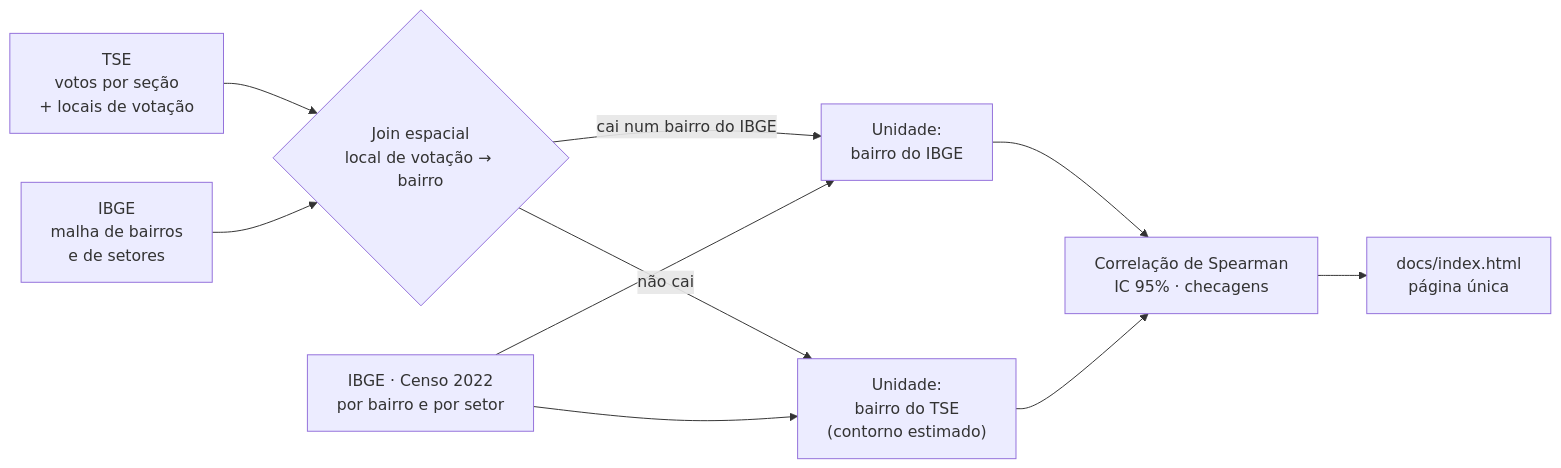
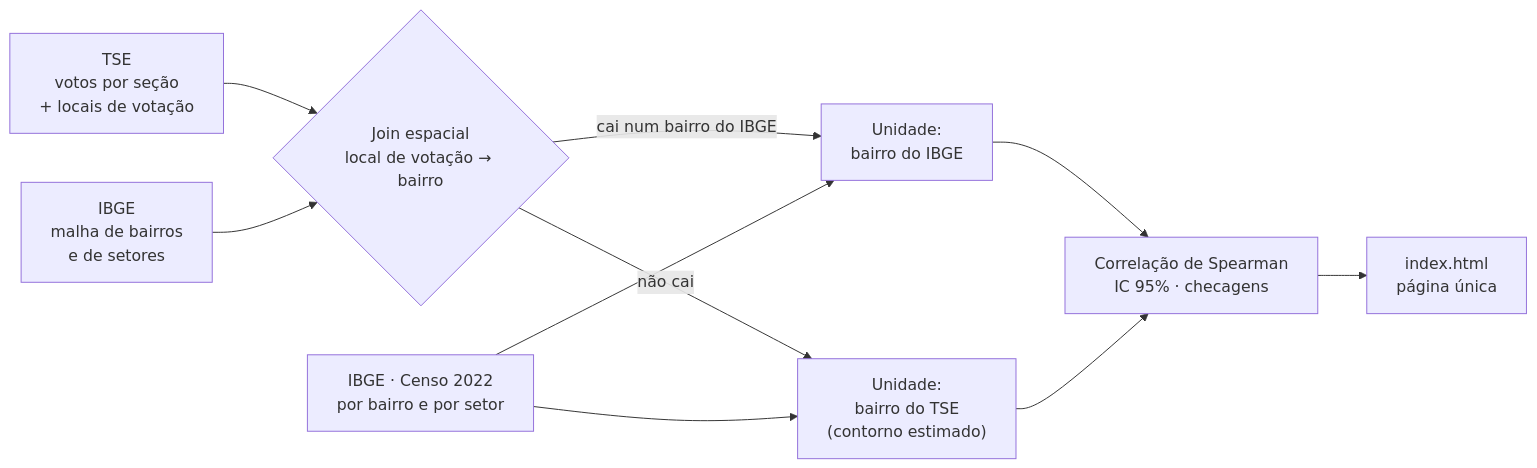
Before and after one commit to LoRodrig/Voto_por_Bairro: the diagram in README.md, drawn with Mermaid. The commit also changed other lines of this file and 4 other files, not shown here.

First line of the commit message:
Move a página para a raiz (index.html) e adiciona .nojekyll

````diff
--- a/README.md
+++ b/README.md
@@ -48,12 +48,12 @@
 ```mermaid
 flowchart LR
   A["TSE<br/>votos por seção<br/>+ locais de votação"] --> C{"Join espacial<br/>local de votação → bairro"}
   B["IBGE<br/>malha de bairros<br/>e de setores"] --> C
   C -->|"cai num bairro do IBGE"| D["Unidade:<br/>bairro do IBGE"]
   C -->|"não cai"| E["Unidade:<br/>bairro do TSE<br/>(contorno estimado)"]
   F["IBGE · Censo 2022<br/>por bairro e por setor"] --> D
   F --> E
   D --> G["Correlação de Spearman<br/>IC 95% · checagens"]
   E --> G
-  G --> H["docs/index.html<br/>página única"]
+  G --> H["index.html<br/>página única"]
 ```
````
